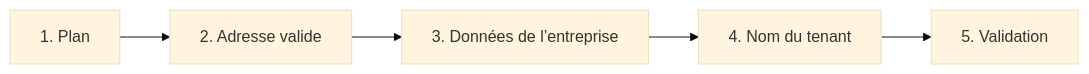
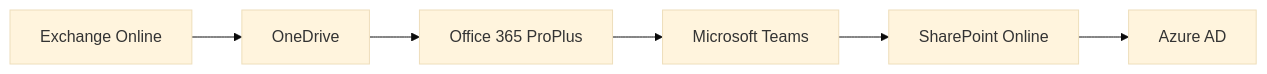
The third of 4 diagrams in docs/modules/03-microsoft-365-outils-collaboratifs/module-01-decouverte-de-microsoft-365.md (sk34pk25/tssr-cours), drawn with Mermaid (base theme) before and after one commit. The commit also changed other lines of this file and 4 other files, not shown here.

````diff
--- a/docs/modules/03-microsoft-365-outils-collaboratifs/module-01-decouverte-de-microsoft-365.md
+++ b/docs/modules/03-microsoft-365-outils-collaboratifs/module-01-decouverte-de-microsoft-365.md
@@ -149,7 +111,14 @@
 ```mermaid
 flowchart LR
-    A["1. Plan"] --> B["2. Adresse valide"]
-    B --> C["3. Données de l’entreprise"]
-    C --> D["4. Nom du tenant"]
-    D --> E["5. Validation"]
+    N1["Exchange Online"]
+    N2["OneDrive"]
+    N3["Office 365 ProPlus"]
+    N4["Microsoft Teams"]
+    N5["SharePoint Online"]
+    N6["Azure AD"]
+    N1 --> N2
+    N2 --> N3
+    N3 --> N4
+    N4 --> N5
+    N5 --> N6
 ```
````
